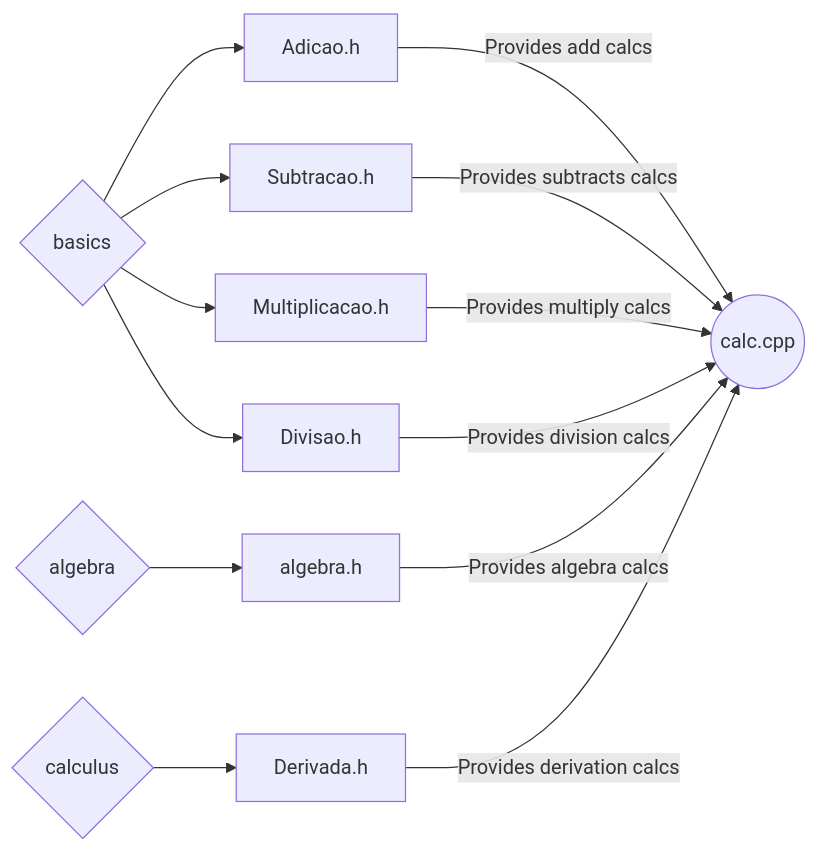
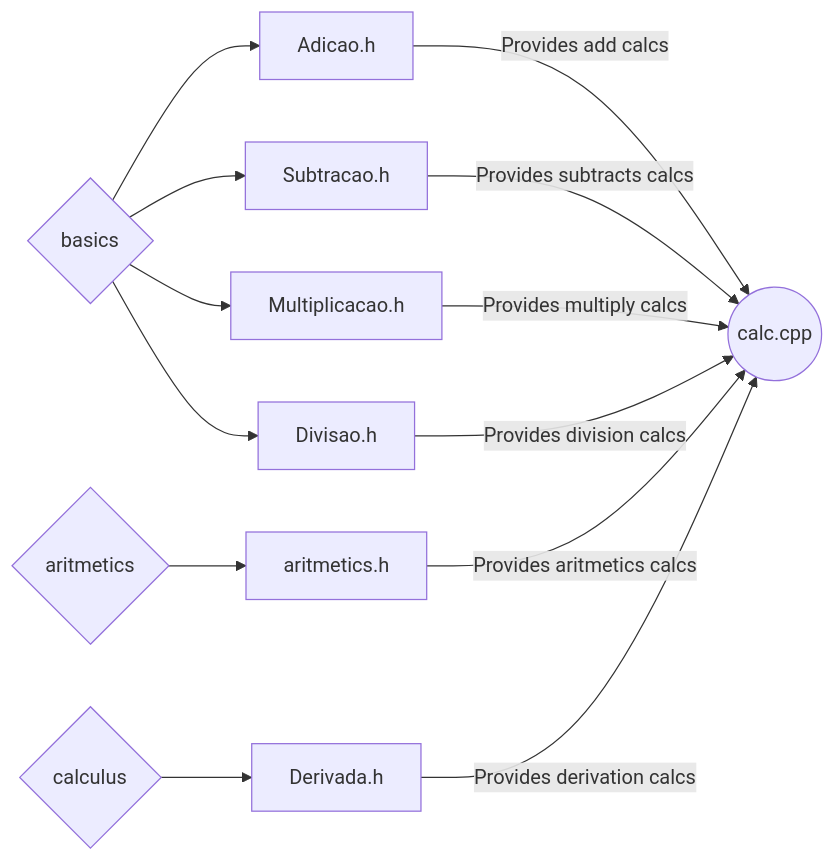
One commit to higorslva/calcpp_cli changed the diagram in README.md. Above: the diagram before and after it, drawn with Mermaid. The commit also changed other lines of this file, not shown here.

````diff
--- a/README.md
+++ b/README.md
@@ -71,9 +73,9 @@
 ```mermaid
 graph LR
 1{basics} --> A[Adicao.h] -- Provides add calcs --> Z((calc.cpp))
 1 --> B[Subtracao.h] -- Provides subtracts calcs --> Z
 1 --> C[Multiplicacao.h] -- Provides multiply calcs --> Z
 1 --> D[Divisao.h] -- Provides division calcs --> Z
-2{algebra} --> E[algebra.h] -- Provides algebra calcs --> Z
+2{aritmetics} --> E[aritmetics.h] -- Provides aritmetics calcs --> Z
 3{calculus} --> I[Derivada.h] -- Provides derivation calcs --> Z
 ```
````
